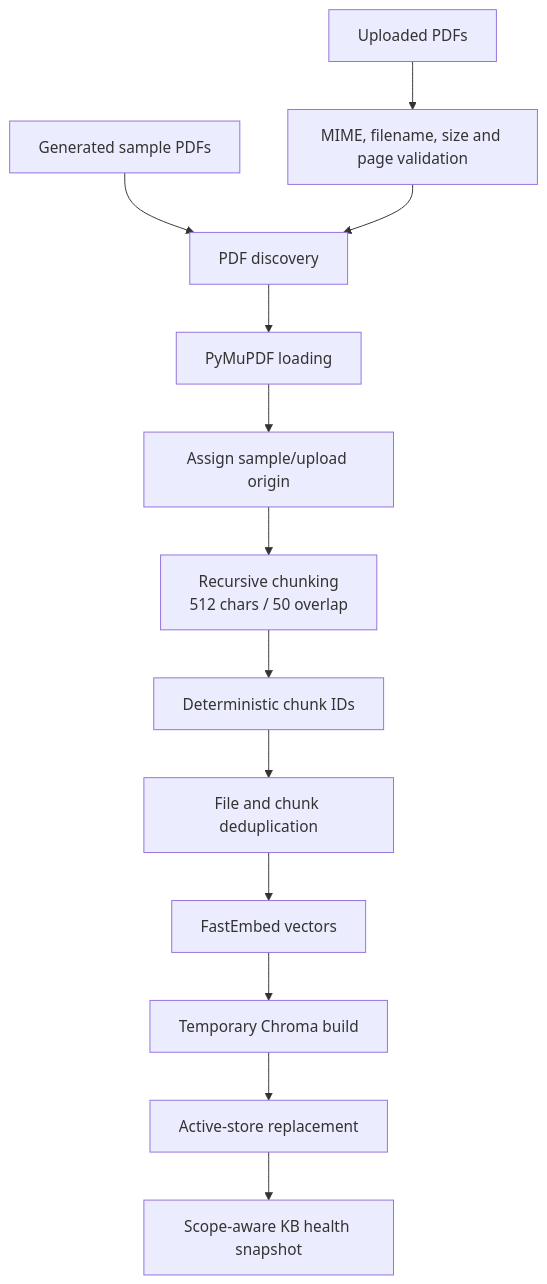
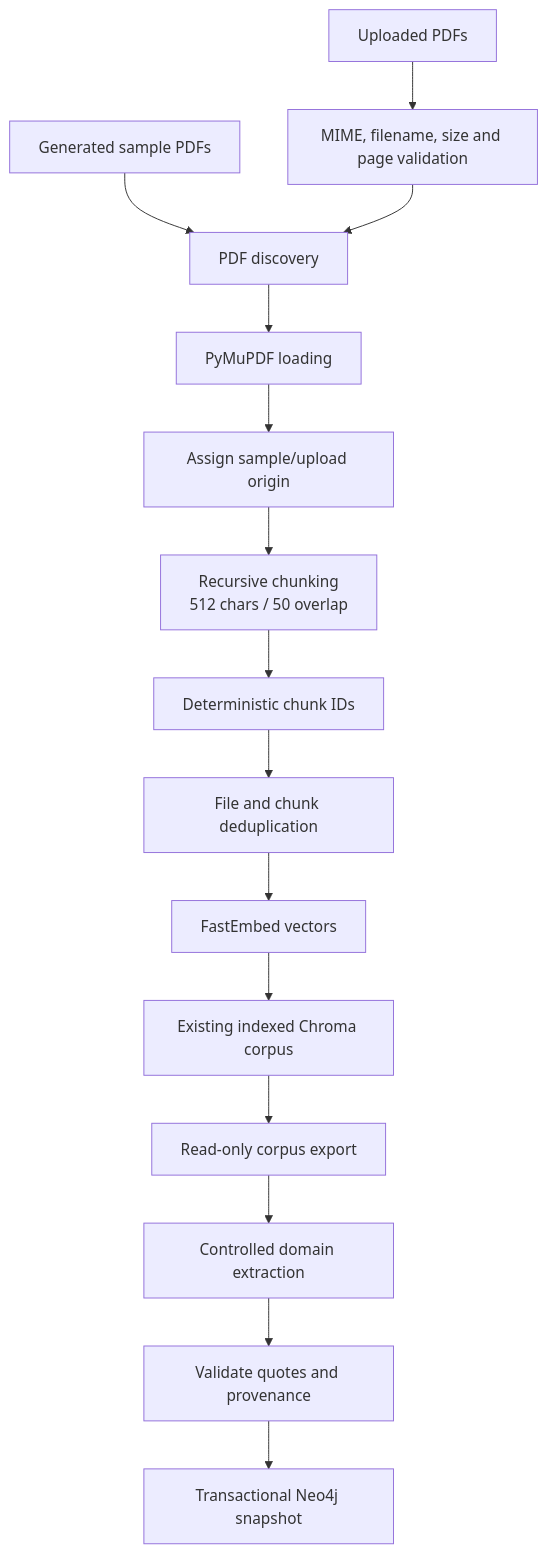
The second of 4 diagrams in README.md (tusharg007/Internal-RFP-Analyst), drawn with Mermaid before and after one commit. The commit also changed other lines of this file, not shown here.

Commit message:
docs: document GraphRAG branch architecture

````diff
--- a/README.md
+++ b/README.md
@@ -110,15 +95,17 @@
 ```mermaid
 flowchart TD
     Samples["Generated sample PDFs"] --> Discovery["PDF discovery"]
     Uploads["Uploaded PDFs"] --> Validation["MIME, filename, size and page validation"]
     Validation --> Discovery
     Discovery --> Load["PyMuPDF loading"]
     Load --> Origin["Assign sample/upload origin"]
     Origin --> Chunk["Recursive chunking<br/>512 chars / 50 overlap"]
     Chunk --> IDs["Deterministic chunk IDs"]
     IDs --> Dedup["File and chunk deduplication"]
     Dedup --> Embed["FastEmbed vectors"]
-    Embed --> Build["Temporary Chroma build"]
-    Build --> Swap["Active-store replacement"]
-    Swap --> Health["Scope-aware KB health snapshot"]
+    Embed --> Chroma["Existing indexed Chroma corpus"]
+    Chroma --> Export["Read-only corpus export"]
+    Export --> Extract["Controlled domain extraction"]
+    Extract --> Validate["Validate quotes and provenance"]
+    Validate --> Snapshot["Transactional Neo4j snapshot"]
 ```
````
